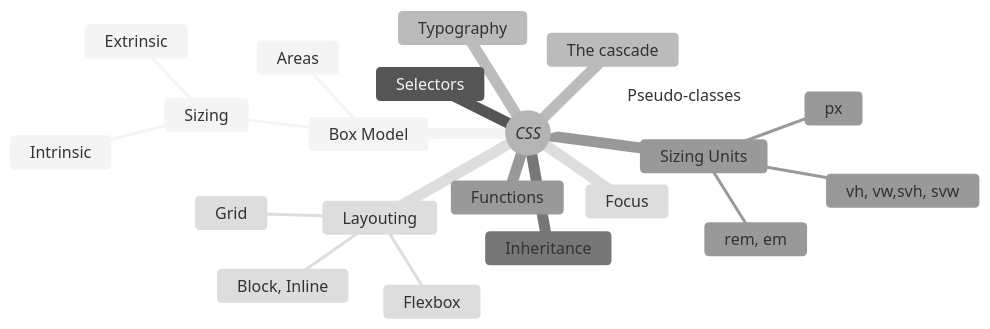
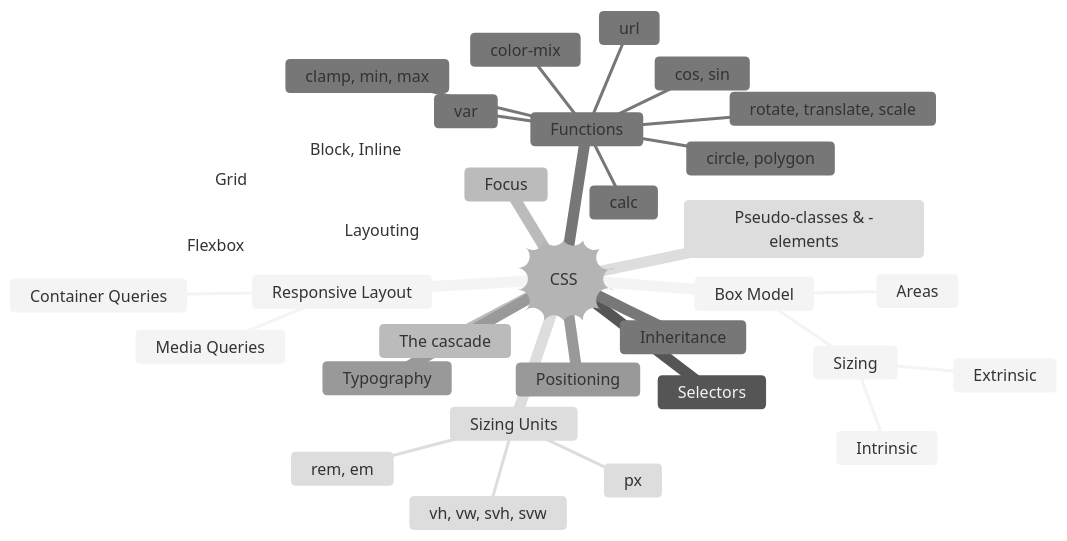
The diagram in slides.md (konstantindenerz/web-dev-101-slides), drawn with Mermaid (neutral theme) before and after one commit. The commit also changed other lines of this file and 88 other files, not shown here.

````diff
--- a/slides.md
+++ b/slides.md
@@ -66,24 +75,36 @@
 ```mermaid
 mindmap
-    root((*CSS*)) 
+    root))CSS(( 
           Box Model
               Sizing
                   Intrinsic
                   Extrinsic
               Areas
           Selectors
           The cascade
           Inheritance
+          Positioning
         Sizing Units
             px
             rem, em
-            vh, vw,svh, svw
+            vh, vw, svh, svw
         Layouting
             Block, Inline
             Flexbox
             Grid
-        Pseudo-classes
+        Pseudo-classes & -elements
         Focus
         Typography
         Functions
+            var
+            url
+            calc
+            clamp, min, max
+            color-mix
+            cos, sin
+            circle, polygon
+            rotate, translate, scale
+        Responsive Layout
+            Media Queries
+            Container Queries
 ```
````
